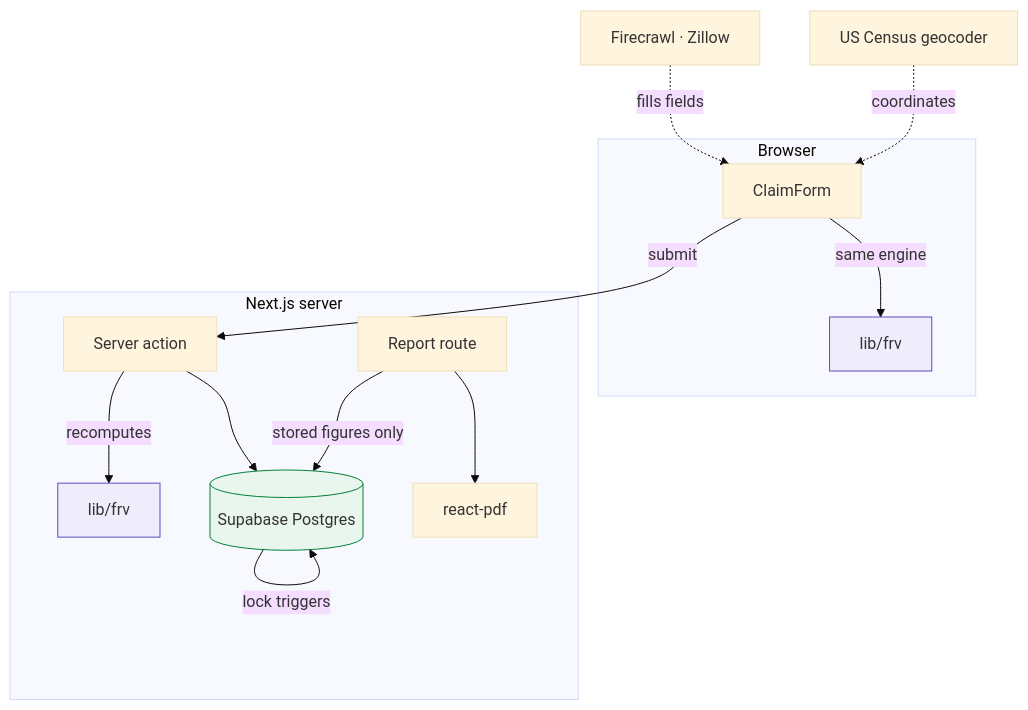
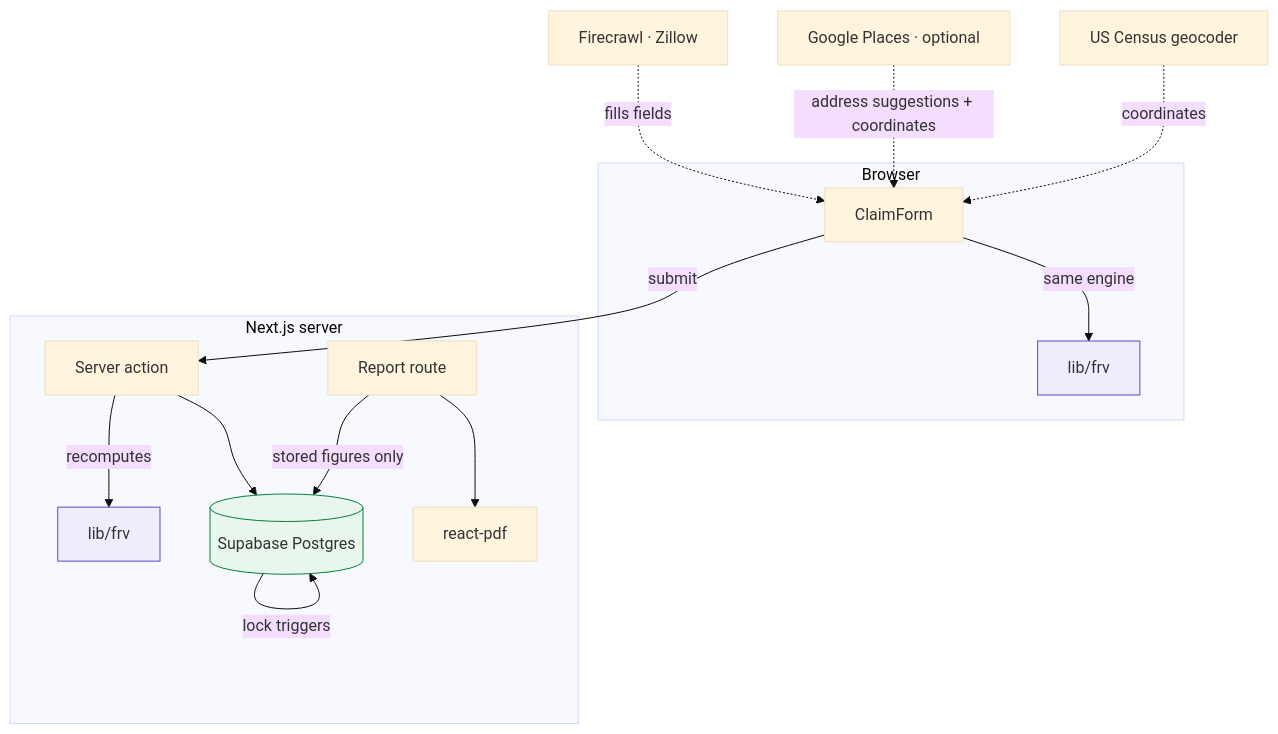
Before and after one commit to Novahavens/FRV: the second of 2 diagrams in README.md, drawn with Mermaid (base theme). The commit also changed other lines of this file and 14 other files, not shown here.

First line of the commit message:
feat(calc): new default multipliers 90/80/70/60; Places autocomplete on loss address

````diff
--- a/README.md
+++ b/README.md
@@ -153,20 +153,21 @@
 ```mermaid
 flowchart TB
     subgraph browser [Browser]
         F[ClaimForm] -->|same engine| E1[lib/frv]
     end
     subgraph server [Next.js server]
         A[Server action] -->|recomputes| E2[lib/frv]
         A --> DB[(Supabase Postgres)]
         R[Report route] -->|stored figures only| DB
         R --> PDF[react-pdf]
     end
     F -- submit --> A
     FC[Firecrawl · Zillow] -. fills fields .-> F
+    GPL[Google Places · optional] -. address suggestions + coordinates .-> F
     GEO[US Census geocoder] -. coordinates .-> F
     DB -- lock triggers --> DB
 
     style E1 fill:#efedfb,stroke:#5b4cc4
     style E2 fill:#efedfb,stroke:#5b4cc4
     style DB fill:#e8f6ee,stroke:#05803b
 ```
````
